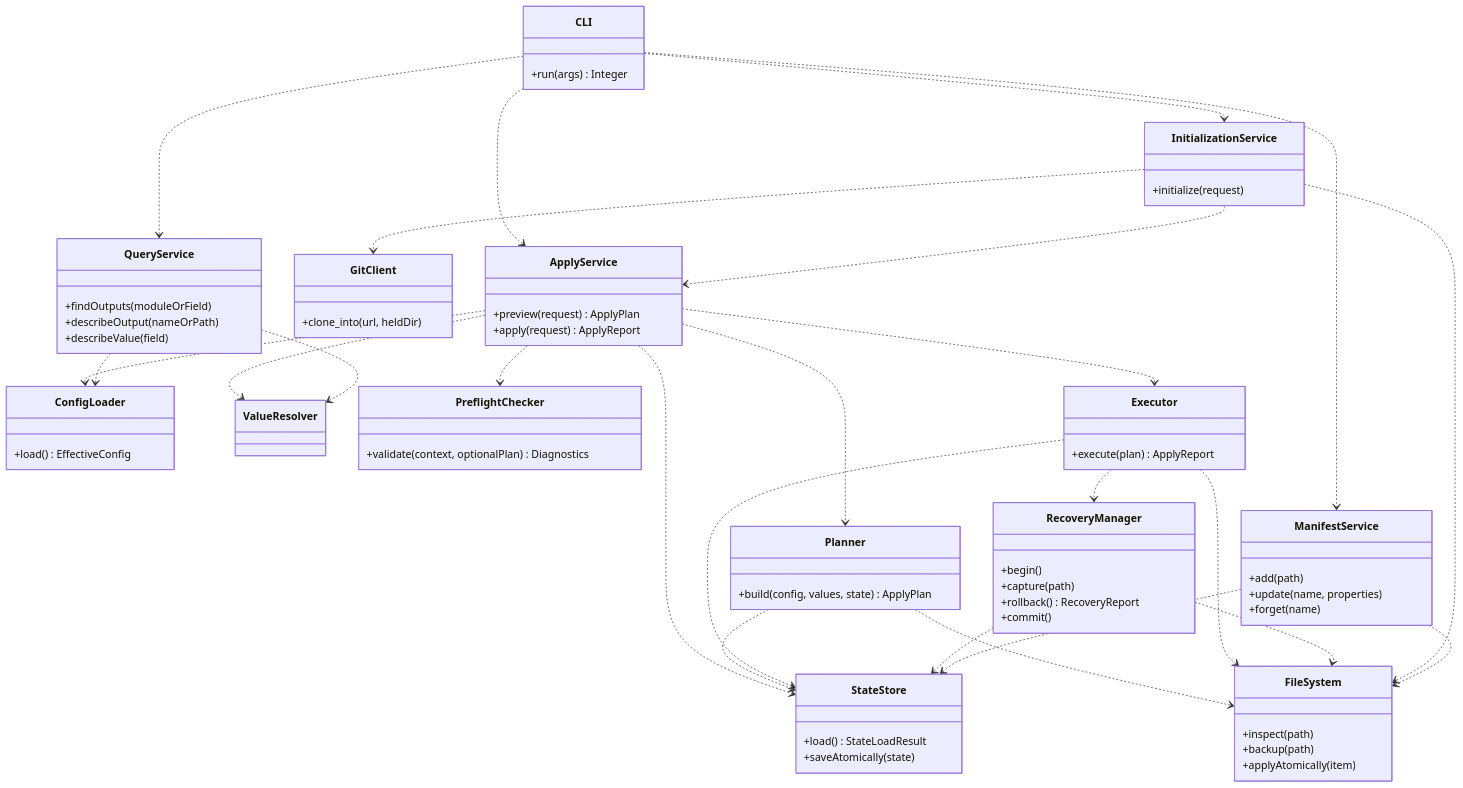
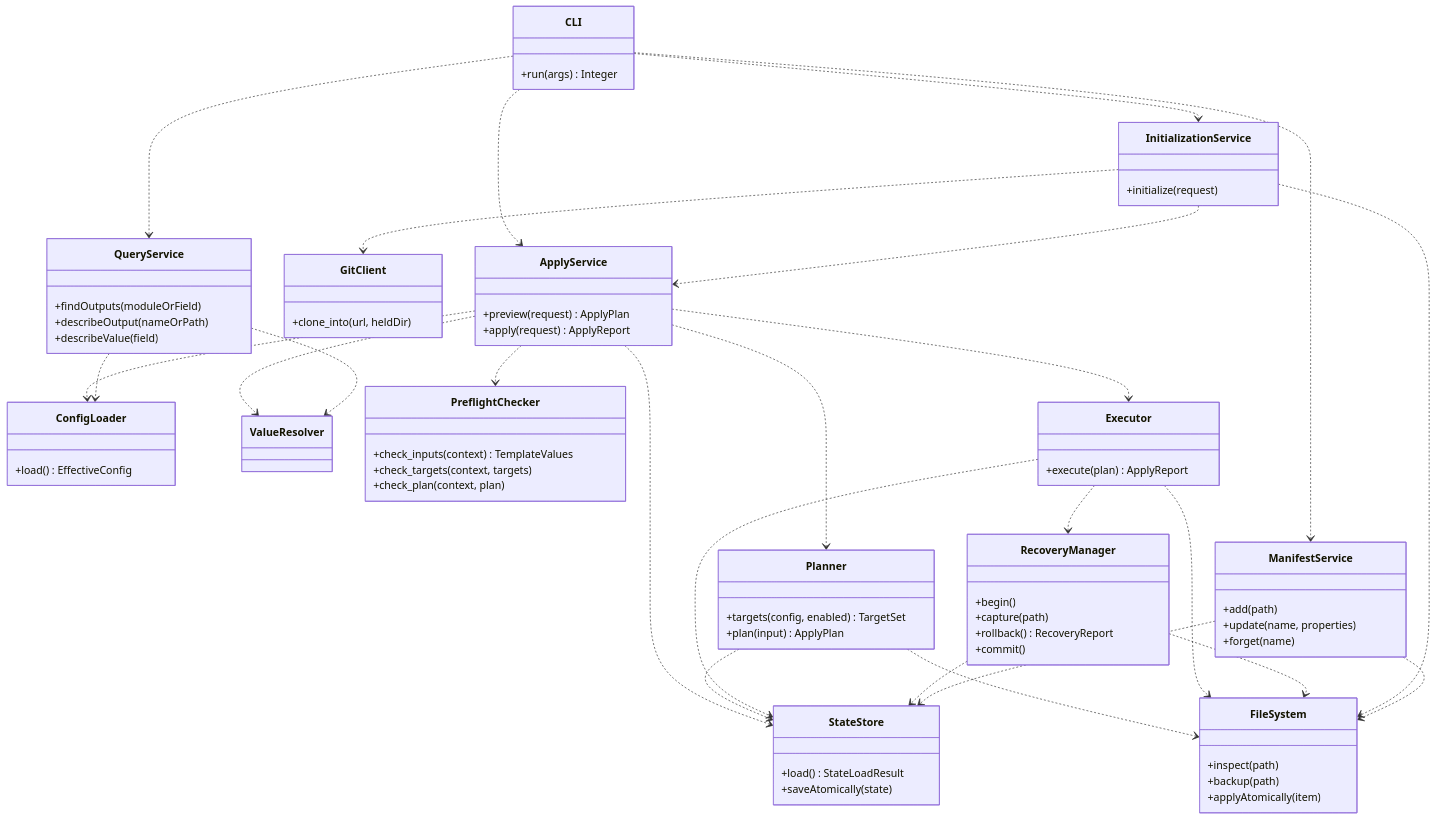
The fourth of 10 diagrams in docs/03-preliminary-design/uml.md (accidental-two-timer-sam-woof/rosamta-waterfall), drawn with Mermaid before and after one commit. The commit also changed other lines of this file, not shown here.

First line of the commit message:
docs(design): clarify preflight and missing targets

````diff
--- a/docs/03-preliminary-design/uml.md
+++ b/docs/03-preliminary-design/uml.md
@@ -267,79 +267,82 @@
 ```mermaid
 classDiagram
     direction TB
     class CLI {
         +run(args) Integer
     }
     class ApplyService {
         +preview(request) ApplyPlan
         +apply(request) ApplyReport
     }
     class ConfigLoader {
         +load() EffectiveConfig
     }
     class ValueResolver
     class Planner {
-        +build(config, values, state) ApplyPlan
+        +targets(config, enabled) TargetSet
+        +plan(input) ApplyPlan
     }
     class PreflightChecker {
-        +validate(context, optionalPlan) Diagnostics
+        +check_inputs(context) TemplateValues
+        +check_targets(context, targets)
+        +check_plan(context, plan)
     }
     class Executor {
         +execute(plan) ApplyReport
     }
     class RecoveryManager {
         +begin()
         +capture(path)
         +rollback() RecoveryReport
         +commit()
     }
     class StateStore {
         +load() StateLoadResult
         +saveAtomically(state)
     }
     class FileSystem {
         +inspect(path)
         +backup(path)
         +applyAtomically(item)
     }
     class InitializationService {
         +initialize(request)
     }
     class GitClient {
         +clone_into(url, heldDir)
     }
     class ManifestService {
         +add(path)
         +update(name, properties)
         +forget(name)
     }
     class QueryService {
         +findOutputs(moduleOrField)
         +describeOutput(nameOrPath)
         +describeValue(field)
     }
     CLI ..> ApplyService
     CLI ..> InitializationService
     CLI ..> ManifestService
     CLI ..> QueryService
     ApplyService ..> ConfigLoader
     ApplyService ..> ValueResolver
     ApplyService ..> Planner
     ApplyService ..> PreflightChecker
     ApplyService ..> Executor
     ApplyService ..> StateStore
     Planner ..> FileSystem
     Planner ..> StateStore
     Executor ..> FileSystem
     Executor ..> RecoveryManager
     Executor ..> StateStore
     RecoveryManager ..> FileSystem
     RecoveryManager ..> StateStore
     InitializationService ..> GitClient
     InitializationService ..> ApplyService
     InitializationService ..> FileSystem
     ManifestService ..> StateStore
     ManifestService ..> FileSystem
     QueryService ..> ConfigLoader
     QueryService ..> ValueResolver
 ```
````
